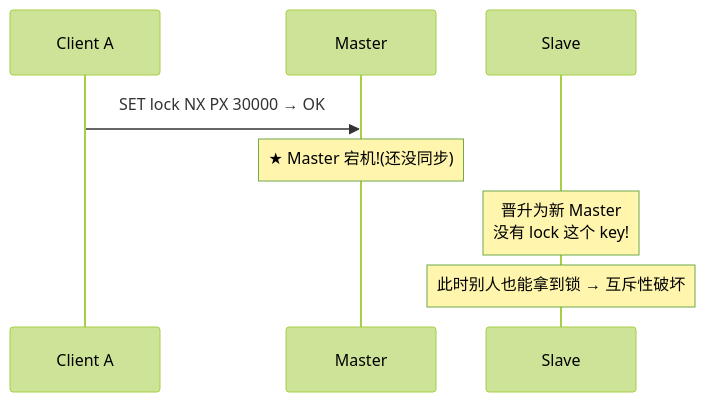
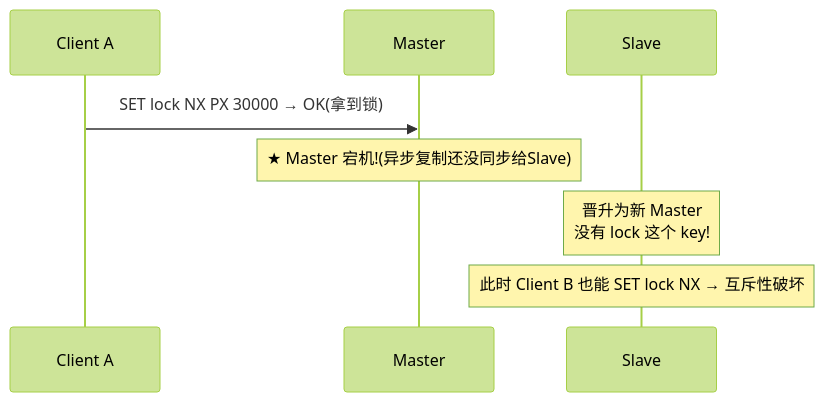
One commit to qigao0787-ops/gq-test changed diagram 13 of 31 in document/strengthen/分布式技术面试总结_增强版.md. Above: the diagram before and after it, drawn with Mermaid (forest theme). The commit also changed other lines of this file, not shown here.

````diff
--- a/document/strengthen/分布式技术面试总结_增强版.md
+++ b/document/strengthen/分布式技术面试总结_增强版.md
@@ -928,11 +1166,11 @@
 ```mermaid
 sequenceDiagram
     participant A as Client A
     participant M as Master
     participant S as Slave
 
-    A->>M: SET lock NX PX 30000 → OK
-    Note over M: ★ Master 宕机!(还没同步)
+    A->>M: SET lock NX PX 30000 → OK(拿到锁)
+    Note over M: ★ Master 宕机!(异步复制还没同步给Slave)
     Note over S: 晋升为新 Master<br/>没有 lock 这个 key!
-    Note over S: 此时别人也能拿到锁 → 互斥性破坏
+    Note over S: 此时 Client B 也能 SET lock NX → 互斥性破坏
 ```
````
